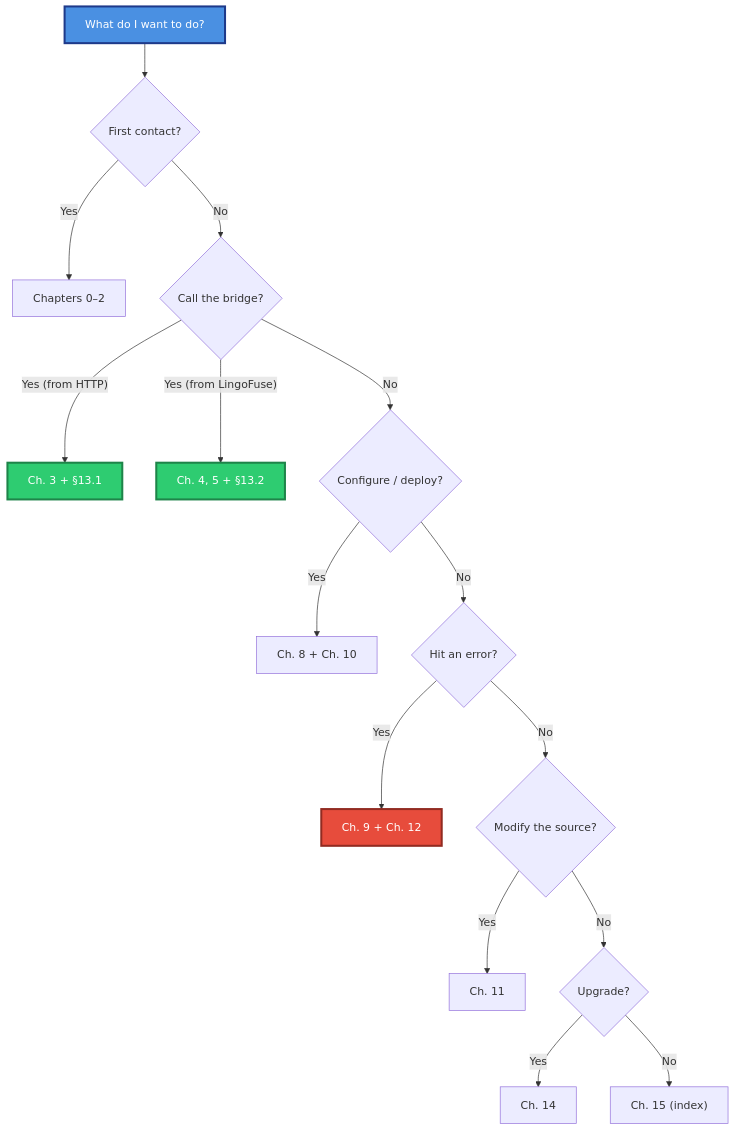
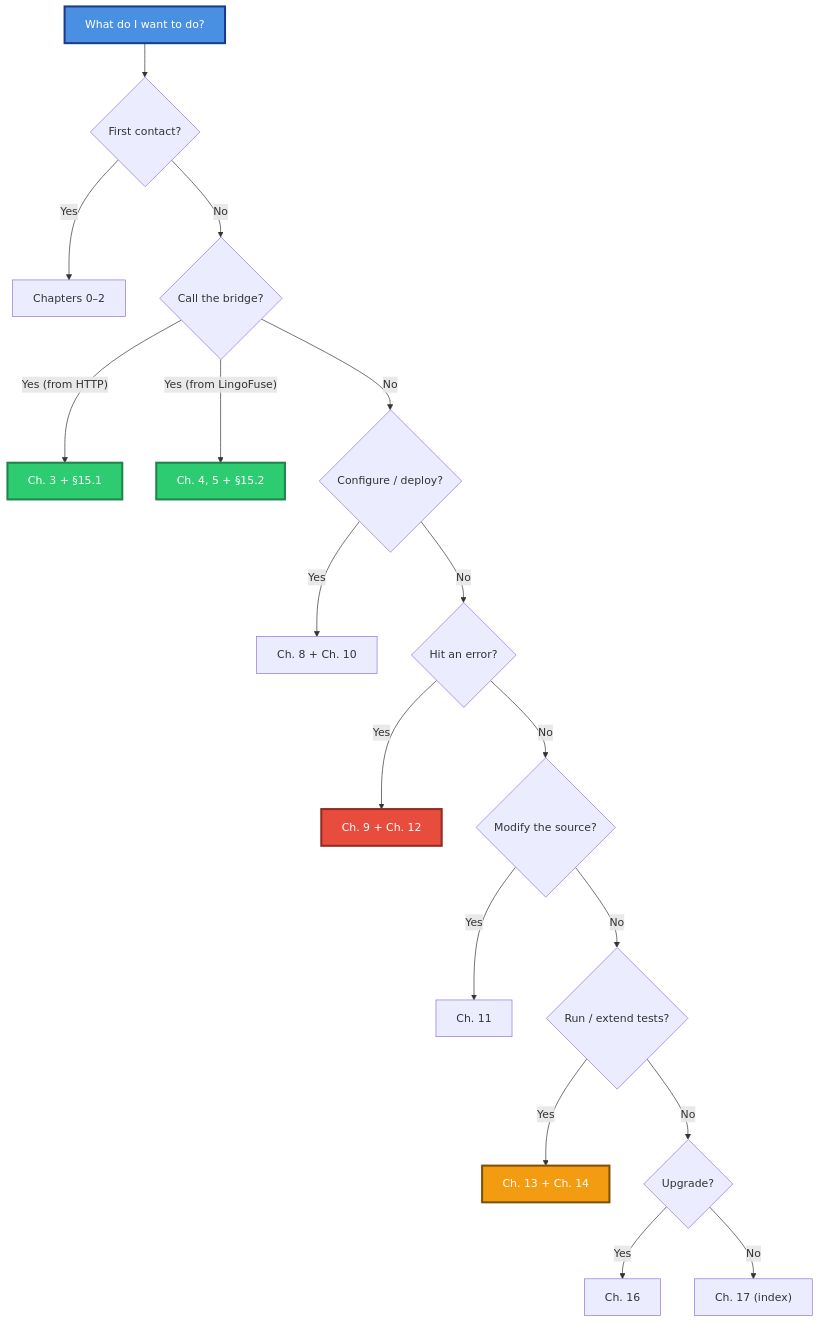
One commit to PassByYou888/LingoFuse changed the second of 24 diagrams in Py/lingofuse/Bridge_User_Guide.md. Above: the diagram before and after it, drawn with Mermaid. The commit also changed other lines of this file and 78 other files, not shown here.

````diff
--- a/Py/lingofuse/Bridge_User_Guide.md
+++ b/Py/lingofuse/Bridge_User_Guide.md
@@ -121,22 +114,25 @@
 ```mermaid
 flowchart TD
     Start["What do I want to do?"] --> Q1{"First contact?"}
     Q1 -- "Yes" --> R1["Chapters 0–2"]
     Q1 -- "No" --> Q2{"Call the bridge?"}
-    Q2 -- "Yes (from HTTP)" --> R2["Ch. 3 + §13.1"]
-    Q2 -- "Yes (from LingoFuse)" --> R3["Ch. 4, 5 + §13.2"]
+    Q2 -- "Yes (from HTTP)" --> R2["Ch. 3 + §15.1"]
+    Q2 -- "Yes (from LingoFuse)" --> R3["Ch. 4, 5 + §15.2"]
     Q2 -- "No" --> Q4{"Configure / deploy?"}
     Q4 -- "Yes" --> R4["Ch. 8 + Ch. 10"]
     Q4 -- "No" --> Q5{"Hit an error?"}
     Q5 -- "Yes" --> R5["Ch. 9 + Ch. 12"]
     Q5 -- "No" --> Q6{"Modify the source?"}
     Q6 -- "Yes" --> R6["Ch. 11"]
-    Q6 -- "No" --> Q7{"Upgrade?"}
-    Q7 -- "Yes" --> R7["Ch. 14"]
-    Q7 -- "No" --> R8["Ch. 15 (index)"]
+    Q6 -- "No" --> Q7{"Run / extend tests?"}
+    Q7 -- "Yes" --> R7["Ch. 13 + Ch. 14"]
+    Q7 -- "No" --> Q8{"Upgrade?"}
+    Q8 -- "Yes" --> R8["Ch. 16"]
+    Q8 -- "No" --> R9["Ch. 17 (index)"]
 
     style Start fill:#4A90E2,stroke:#1E3A8A,stroke-width:3px,color:#FFFFFF
     style R2 fill:#2ECC71,stroke:#1E8449,stroke-width:3px,color:#FFFFFF
     style R3 fill:#2ECC71,stroke:#1E8449,stroke-width:3px,color:#FFFFFF
     style R5 fill:#E74C3C,stroke:#922B21,stroke-width:3px,color:#FFFFFF
+    style R7 fill:#F39C12,stroke:#7E5109,stroke-width:3px,color:#FFFFFF
 ```
````
